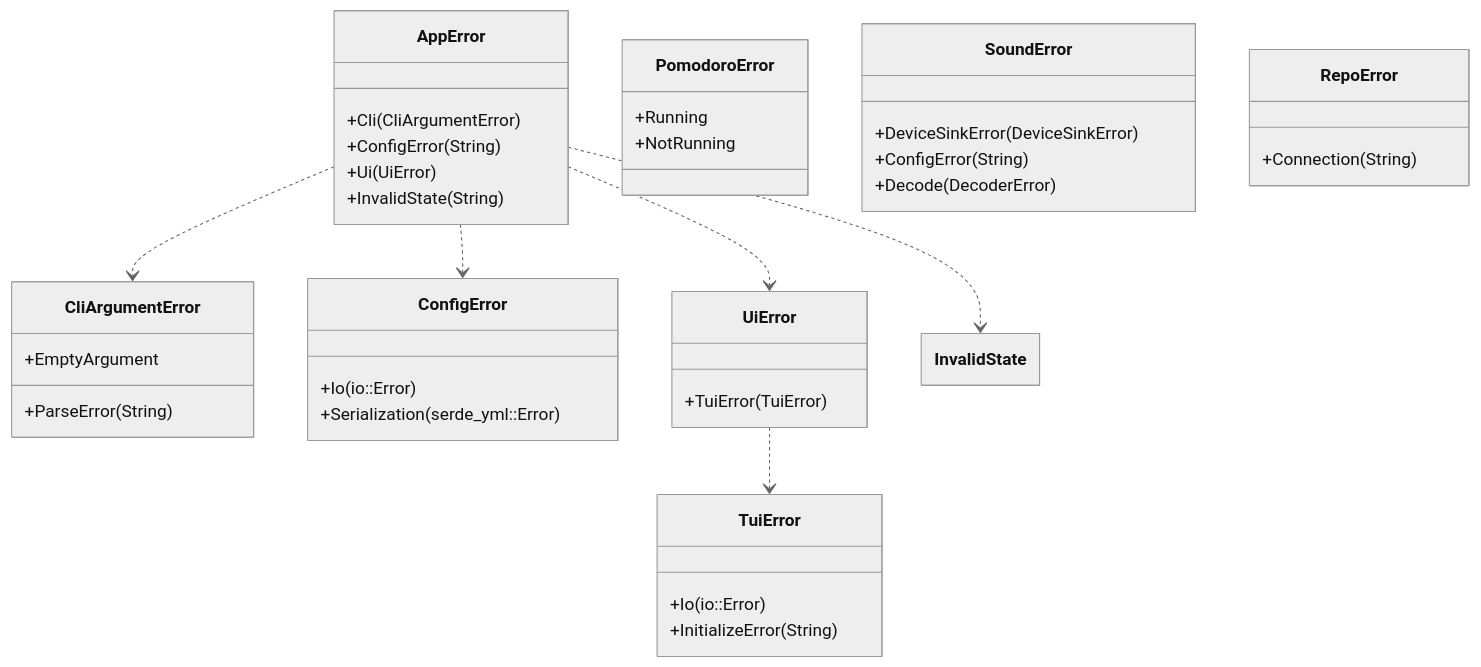
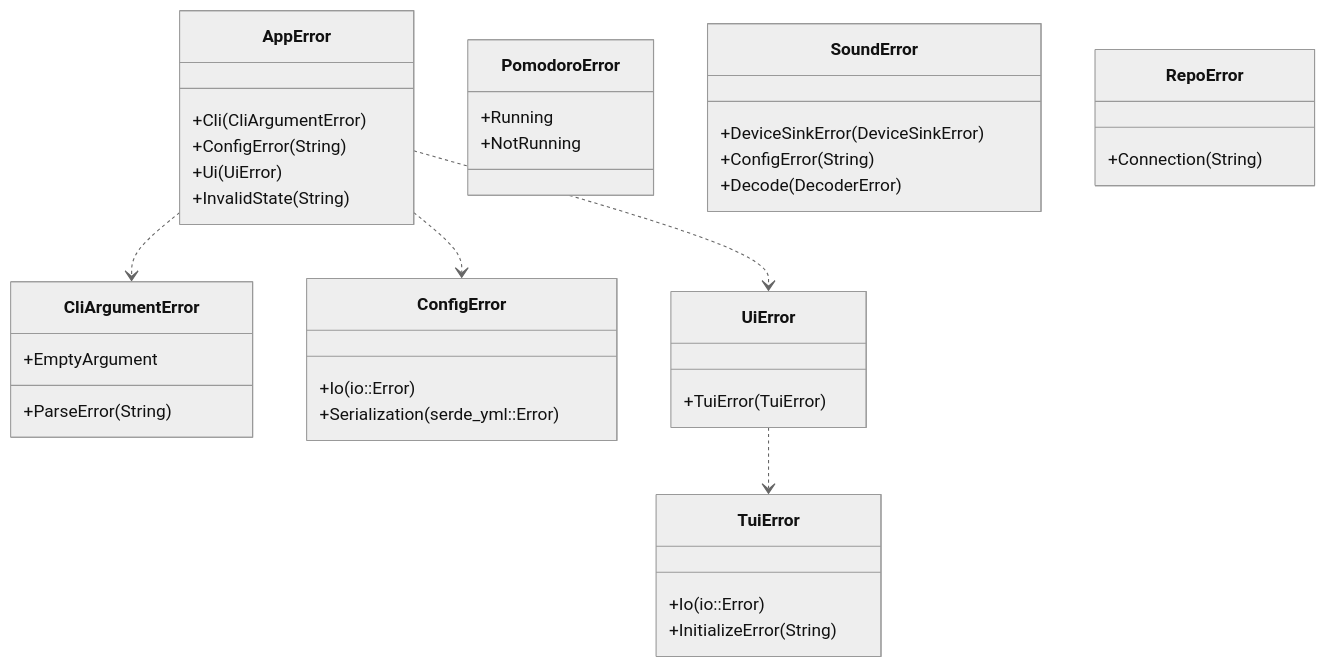
The diagram in docs/diagrams/errors.mmd (FAZuH/forgor), drawn with Mermaid (neutral theme) before and after one commit. The commit also changed 14 other files, not shown here.

```diff
--- a/docs/diagrams/errors.mmd
+++ b/docs/diagrams/errors.mmd
@@ -1,55 +1,54 @@
 ---
 config:
   class:
     hideEmptyMembersBox: true
 ---
 classDiagram
     direction TD
 
     class AppError {
         +Cli(CliArgumentError)
         +ConfigError(String)
         +Ui(UiError)
         +InvalidState(String)
     }
 
     class CliArgumentError {
         +EmptyArgument
         +ParseError(String)
     }
 
     class ConfigError {
         +Io(io::Error)
         +Serialization(serde_yml::Error)
     }
 
     class UiError {
         +TuiError(TuiError)
     }
 
     class TuiError {
         +Io(io::Error)
         +InitializeError(String)
     }
 
     class PomodoroError {
         +Running
         +NotRunning
     }
 
     class SoundError {
         +DeviceSinkError(DeviceSinkError)
         +ConfigError(String)
         +Decode(DecoderError)
     }
 
     class RepoError {
         +Connection(String)
     }
 
     AppError ..> CliArgumentError
     AppError ..> ConfigError
     AppError ..> UiError
-    AppError ..> InvalidState
 
     UiError ..> TuiError
```
